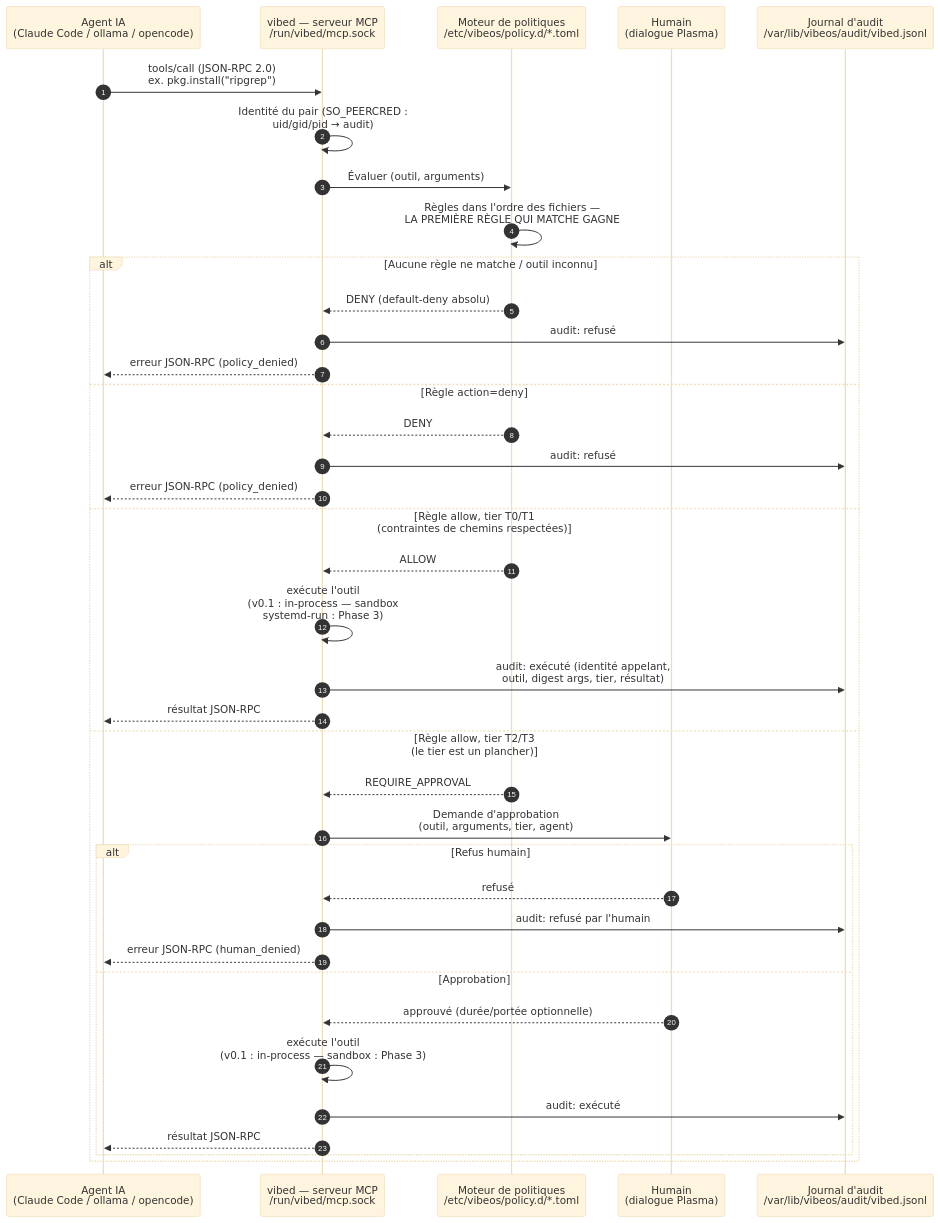
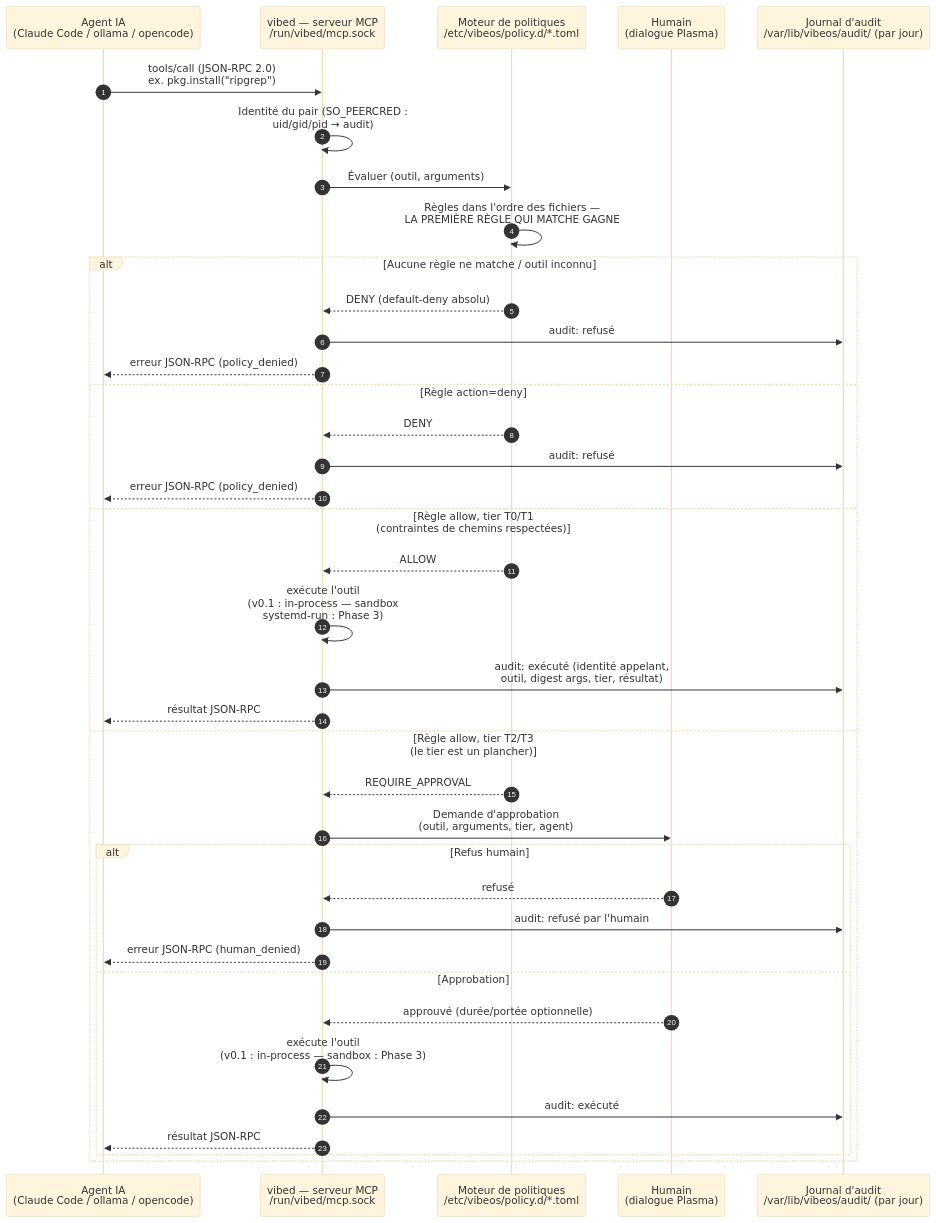
One commit to Micka420-collab/vibeos changed the third of 5 diagrams in docs/ARCHITECTURE.md. Above: the diagram before and after it, drawn with Mermaid (base theme). The commit also changed other lines of this file and 9 other files, not shown here.

````diff
--- a/docs/ARCHITECTURE.md
+++ b/docs/ARCHITECTURE.md
@@ -145,41 +145,41 @@
 ```mermaid
 sequenceDiagram
     autonumber
     participant A as Agent IA<br/>(Claude Code / ollama / opencode)
     participant M as vibed — serveur MCP<br/>/run/vibed/mcp.sock
     participant P as Moteur de politiques<br/>/etc/vibeos/policy.d/*.toml
     participant H as Humain<br/>(dialogue Plasma)
-    participant J as Journal d'audit<br/>/var/lib/vibeos/audit/vibed.jsonl
+    participant J as Journal d'audit<br/>/var/lib/vibeos/audit/ (par jour)
 
     A->>M: tools/call (JSON-RPC 2.0)<br/>ex. pkg.install("ripgrep")
     M->>M: Identité du pair (SO_PEERCRED :<br/>uid/gid/pid → audit)
     M->>P: Évaluer (outil, arguments)
     P->>P: Règles dans l'ordre des fichiers —<br/>LA PREMIÈRE RÈGLE QUI MATCHE GAGNE
     alt Aucune règle ne matche / outil inconnu
         P-->>M: DENY (default-deny absolu)
         M->>J: audit: refusé
         M-->>A: erreur JSON-RPC (policy_denied)
     else Règle action=deny
         P-->>M: DENY
         M->>J: audit: refusé
         M-->>A: erreur JSON-RPC (policy_denied)
     else Règle allow, tier T0/T1<br/>(contraintes de chemins respectées)
         P-->>M: ALLOW
         M->>M: exécute l'outil<br/>(v0.1 : in-process — sandbox<br/>systemd-run : Phase 3)
         M->>J: audit: exécuté (identité appelant,<br/>outil, digest args, tier, résultat)
         M-->>A: résultat JSON-RPC
     else Règle allow, tier T2/T3<br/>(le tier est un plancher)
         P-->>M: REQUIRE_APPROVAL
         M->>H: Demande d'approbation<br/>(outil, arguments, tier, agent)
         alt Refus humain
             H-->>M: refusé
             M->>J: audit: refusé par l'humain
             M-->>A: erreur JSON-RPC (human_denied)
         else Approbation
             H-->>M: approuvé (durée/portée optionnelle)
             M->>M: exécute l'outil<br/>(v0.1 : in-process — sandbox : Phase 3)
             M->>J: audit: exécuté
             M-->>A: résultat JSON-RPC
         end
     end
 ```
````
